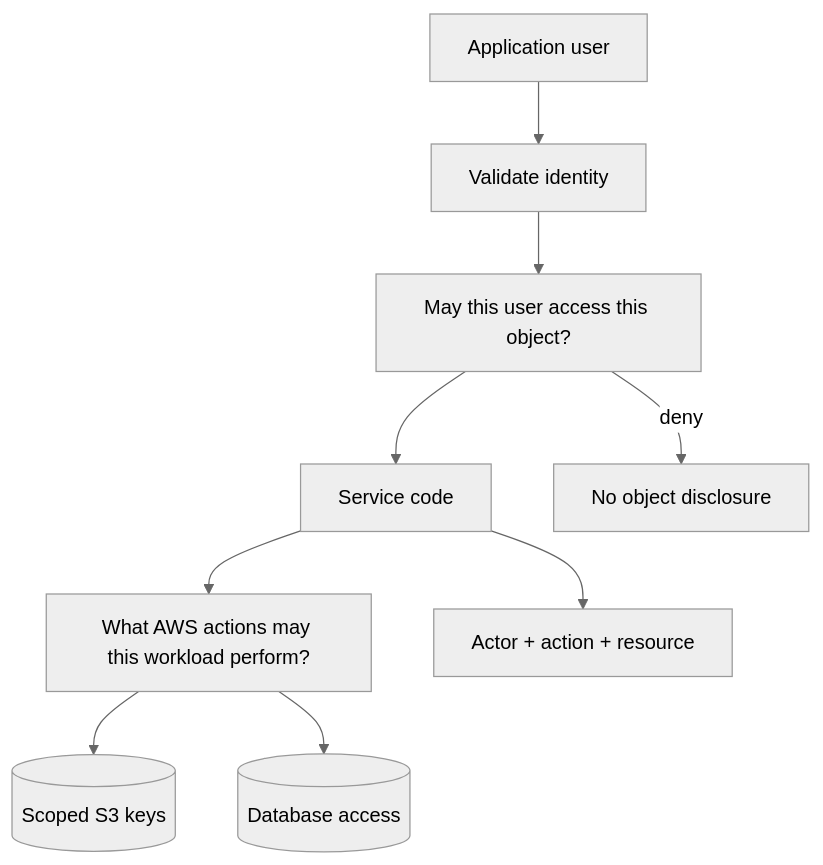
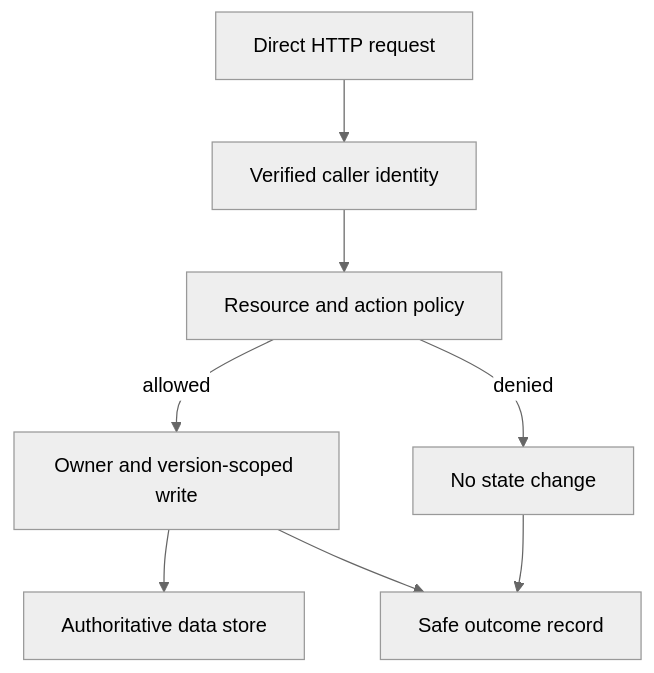
The diagram in curriculum/02-applications/05-security/trust-and-authorization.md (Soulful-Iris/junior-to-staff), drawn with Mermaid (neutral theme) before and after one commit. The commit also changed other lines of this file and 146 other files, not shown here.

Commit message:
Improve lesson context, actual UI examples and whole-course reading flow

````diff
--- a/curriculum/02-applications/05-security/trust-and-authorization.md
+++ b/curriculum/02-applications/05-security/trust-and-authorization.md
@@ -386,11 +34,10 @@
 ```mermaid
 flowchart TD
-  Caller["Application user"] --> Session["Validate identity"]
-  Session --> Object["May this user access this object?"]
-  Object --> Handler["Service code"]
-  Handler --> IAM["What AWS actions may this workload perform?"]
-  IAM --> S3[("Scoped S3 keys")]
-  IAM --> DB[("Database access")]
-  Object -->|"deny"| Forbidden["No object disclosure"]
-  Handler --> Audit["Actor + action + resource"]
+ R["Direct HTTP request"] --> I["Verified caller identity"]
+ I --> P["Resource and action policy"]
+ P -->|allowed| W["Owner and version-scoped write"]
+ P -->|denied| D["No state change"]
+ W --> S["Authoritative data store"]
+ W --> A["Safe outcome record"]
+ D --> A
 ```
````
